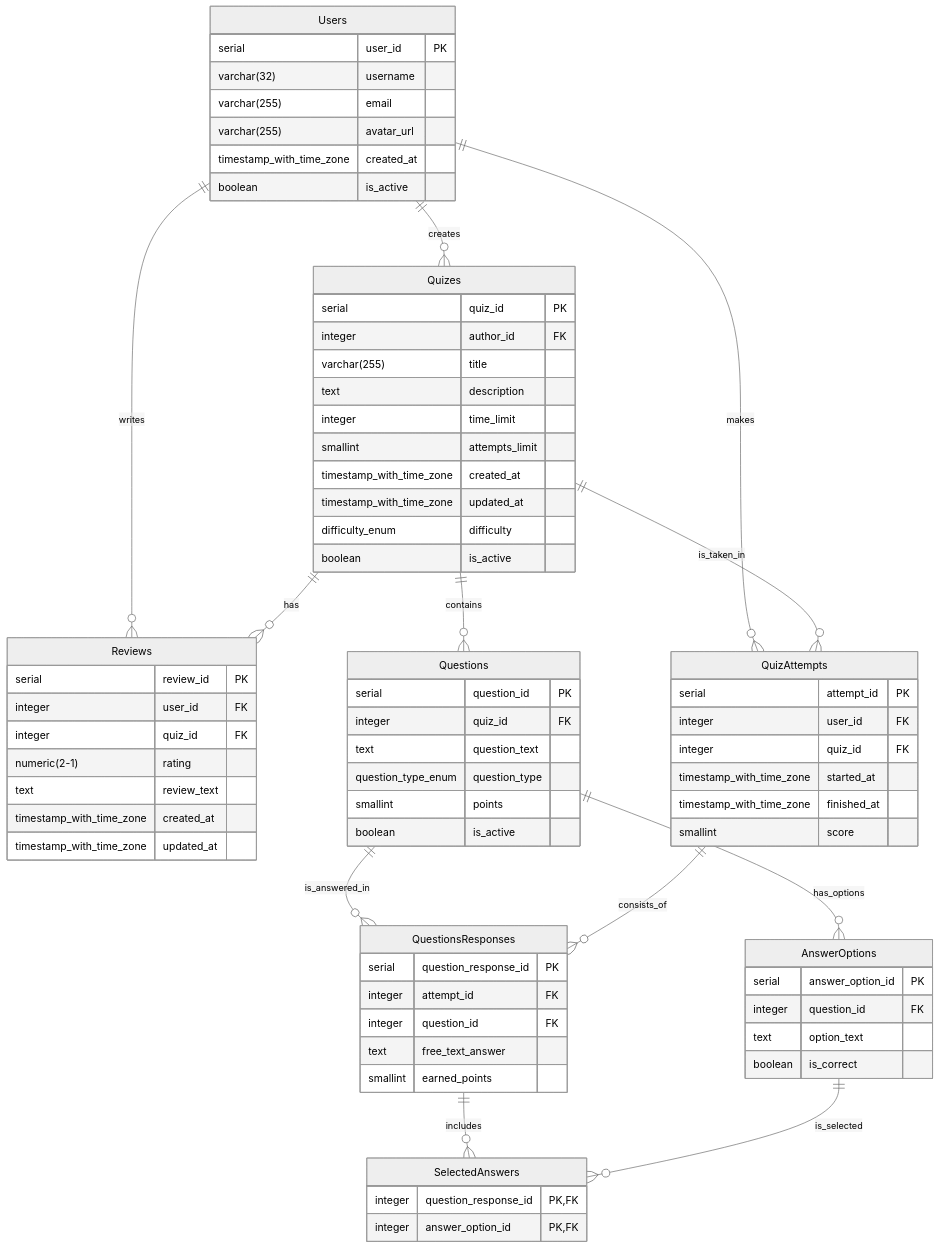
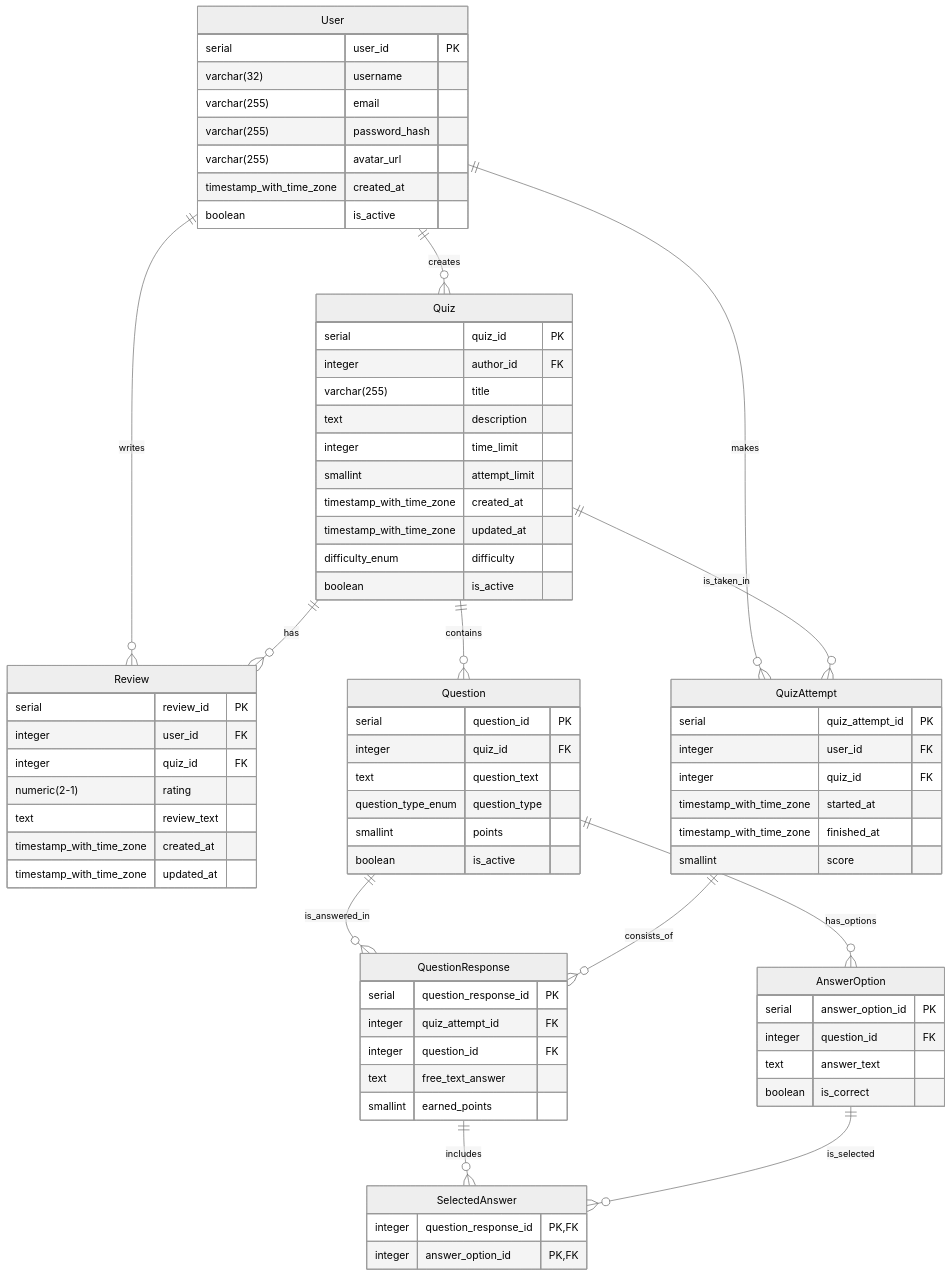
Before and after one commit to Alysseum17/DB-Labs: the diagram in Lab5/README.md, drawn with Mermaid (neutral theme). The commit also changed other lines of this file, not shown here.

````diff
--- a/Lab5/README.md
+++ b/Lab5/README.md
@@ -9,28 +9,29 @@
 ```mermaid
 erDiagram
-    Users {
+    User {
         serial user_id PK
         varchar(32) username
         varchar(255) email
+        varchar(255) password_hash
         varchar(255) avatar_url
         timestamp_with_time_zone created_at
         boolean is_active
     }
 
-    Quizes {
+    Quiz {
         serial quiz_id PK
         integer author_id FK
         varchar(255) title
         text description
         integer time_limit
-        smallint attempts_limit
+        smallint attempt_limit
         timestamp_with_time_zone created_at
         timestamp_with_time_zone updated_at
         difficulty_enum difficulty
         boolean is_active
     }
 
-    Reviews {
+    Review {
         serial review_id PK
         integer user_id FK
         integer quiz_id FK
@@ -40,7 +41,7 @@
         timestamp_with_time_zone updated_at
     }
 
-    Questions  {
+    Question  {
         serial question_id PK
         integer quiz_id FK
         text question_text
@@ -49,15 +50,15 @@
         boolean is_active
     }
 
-    AnswerOptions {
+    AnswerOption {
         serial answer_option_id PK
         integer question_id FK
-        text option_text
+        text answer_text
         boolean is_correct
     }
 
-    QuizAttempts {
-        serial attempt_id PK
+    QuizAttempt {
+        serial quiz_attempt_id PK
         integer user_id FK
         integer quiz_id FK
         timestamp_with_time_zone started_at
@@ -65,33 +66,33 @@
         smallint score
     }
 
-    QuestionsResponses {
+    QuestionResponse {
         serial question_response_id PK
-        integer attempt_id FK
+        integer quiz_attempt_id FK
         integer question_id FK
         text free_text_answer
         smallint earned_points
     }
 
-    SelectedAnswers {
+    SelectedAnswer {
         integer question_response_id PK,FK
         integer answer_option_id PK,FK
     }
 
     %% Зв'язки (Relationships)
-    Users ||--o{ Quizes : "creates"
-    Users ||--o{ Reviews : "writes"
-    Users ||--o{ QuizAttempts : "makes"
+    User ||--o{ Quiz : "creates"
+    User ||--o{ Review : "writes"
+    User ||--o{ QuizAttempt : "makes"
     
-    Quizes ||--o{ Reviews : "has"
-    Quizes ||--o{ Questions  : "contains"
-    Quizes ||--o{ QuizAttempts : "is_taken_in"
+    Quiz ||--o{ Review : "has"
+    Quiz ||--o{ Question  : "contains"
+    Quiz ||--o{ QuizAttempt : "is_taken_in"
 
-    Questions  ||--o{ AnswerOptions : "has_options"
-    Questions  ||--o{ QuestionsResponses : "is_answered_in"
+    Question  ||--o{ AnswerOption : "has_options"
+    Question  ||--o{ QuestionResponse : "is_answered_in"
 
-    QuizAttempts ||--o{ QuestionsResponses : "consists_of"
+    QuizAttempt ||--o{ QuestionResponse : "consists_of"
     
-    QuestionsResponses ||--o{ SelectedAnswers : "includes"
-    AnswerOptions ||--o{ SelectedAnswers : "is_selected"
+    QuestionResponse ||--o{ SelectedAnswer : "includes"
+    AnswerOption ||--o{ SelectedAnswer : "is_selected"
 ```
````
